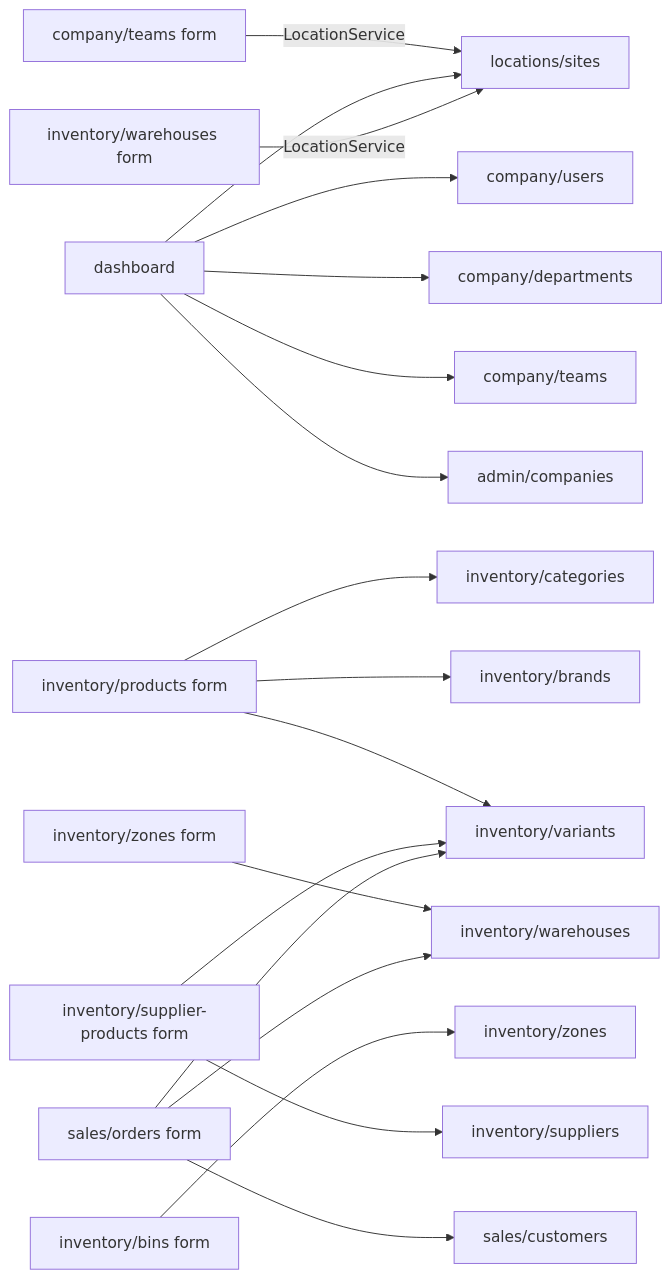
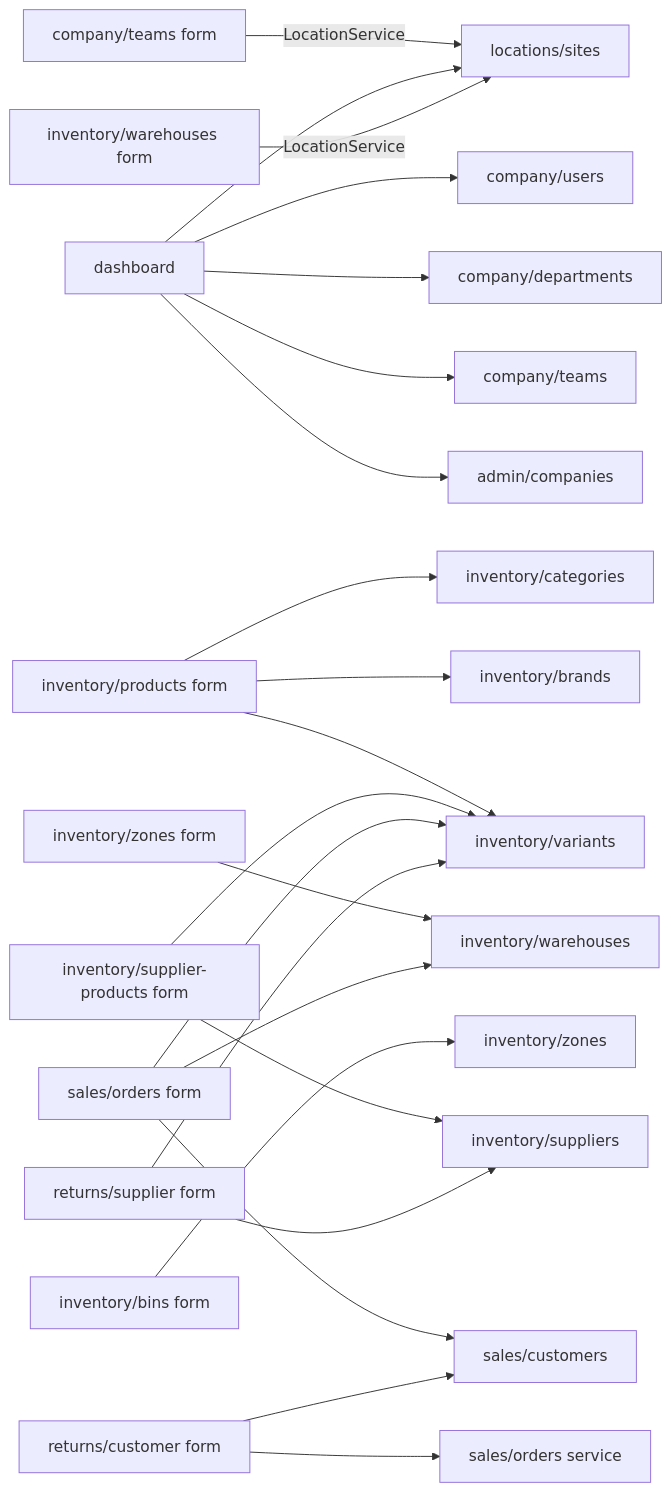
The fourth of 4 diagrams in docs/CODE_MAP.md (mohamed-elhelely/tanzim-frontend), drawn with Mermaid before and after one commit. The commit also changed other lines of this file and 32 other files, not shown here.

First line of the commit message:
Add customer and supplier returns

````diff
--- a/docs/CODE_MAP.md
+++ b/docs/CODE_MAP.md
@@ -234,20 +243,24 @@
 ```mermaid
 flowchart LR
     teams["company/teams form"] -->|LocationService| sites["locations/sites"]
     dash["dashboard"] --> users["company/users"]
     dash --> depts["company/departments"]
     dash --> teamsS["company/teams"]
     dash --> sites
     dash --> tenants["admin/companies"]
     products["inventory/products form"] --> cats["inventory/categories"]
     products --> brands["inventory/brands"]
     whform["inventory/warehouses form"] -->|LocationService| sites
     zoneform["inventory/zones form"] --> wh["inventory/warehouses"]
     binform["inventory/bins form"] --> zones["inventory/zones"]
     products --> variants["inventory/variants"]
     spform["inventory/supplier-products form"] --> variants
     spform --> suppliers["inventory/suppliers"]
     soform["sales/orders form"] --> customers["sales/customers"]
     soform --> wh
     soform --> variants
+    rmaform["returns/customer form"] --> customers
+    rmaform --> soS["sales/orders service"]
+    srnform["returns/supplier form"] --> suppliers
+    srnform --> variants
 ```
````
